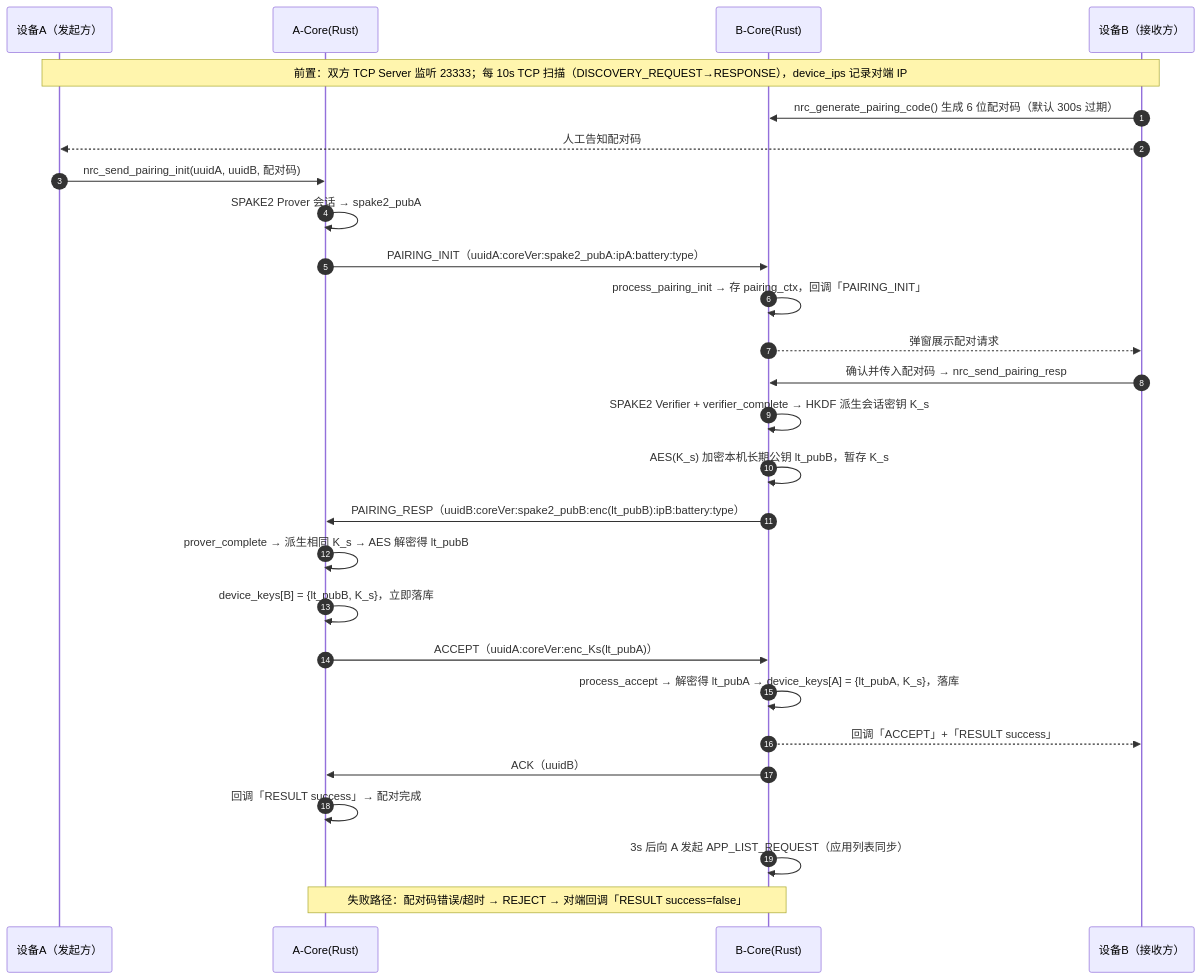
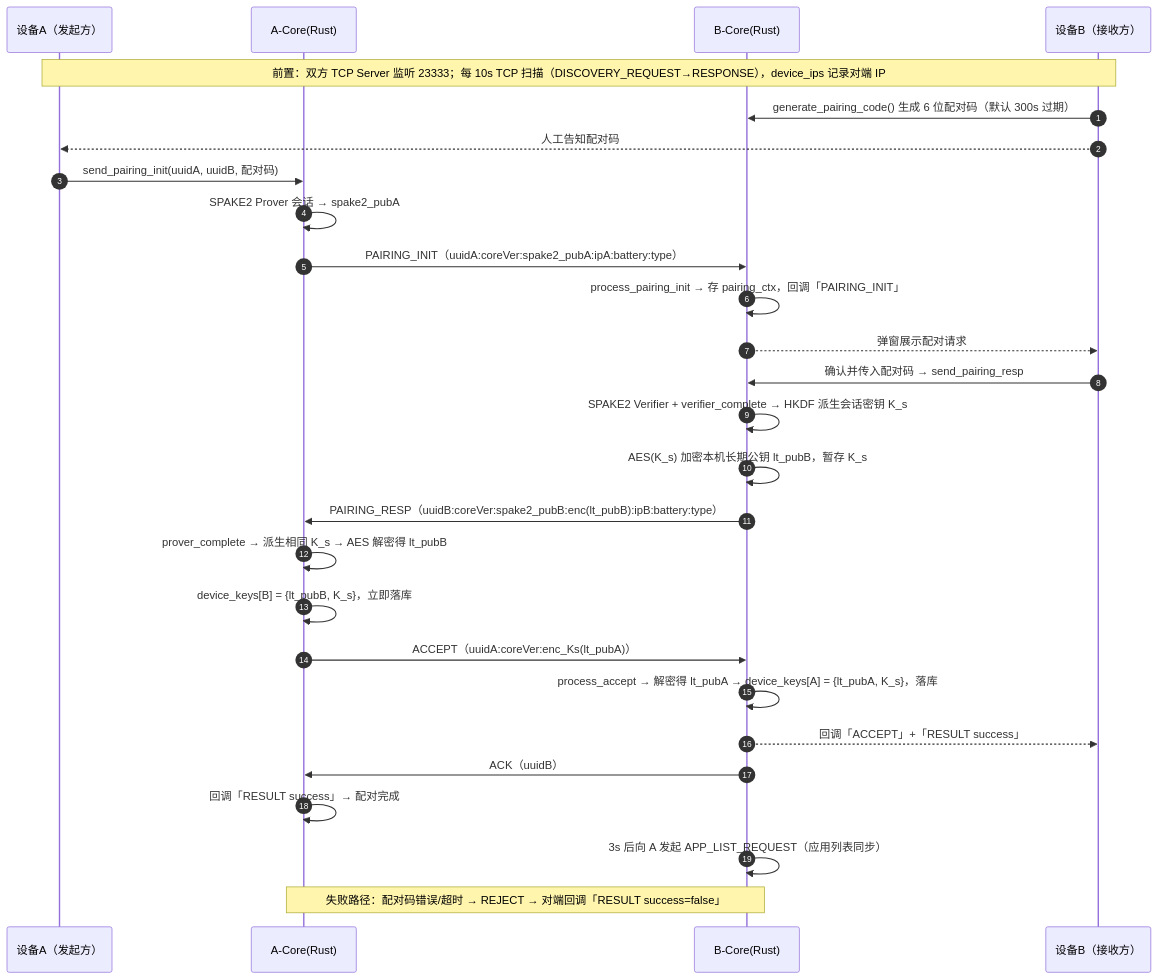
Before and after one commit to NotifyRelay/core: the first of 2 diagrams in Docs/配对与重连时序.md, drawn with Mermaid. The commit also changed other lines of this file and 50 other files, not shown here.

````diff
--- a/Docs/配对与重连时序.md
+++ b/Docs/配对与重连时序.md
@@ -50,32 +50,32 @@
 ```mermaid
 sequenceDiagram
     autonumber
     participant A as 设备A（发起方）
     participant Ac as A-Core(Rust)
     participant Bc as B-Core(Rust)
     participant B as 设备B（接收方）
 
     Note over A,B: 前置：双方 TCP Server 监听 23333；每 10s TCP 扫描（DISCOVERY_REQUEST→RESPONSE），device_ips 记录对端 IP
 
-    B->>Bc: nrc_generate_pairing_code() 生成 6 位配对码（默认 300s 过期）
+    B->>Bc: generate_pairing_code() 生成 6 位配对码（默认 300s 过期）
     B-->>A: 人工告知配对码
-    A->>Ac: nrc_send_pairing_init(uuidA, uuidB, 配对码)
+    A->>Ac: send_pairing_init(uuidA, uuidB, 配对码)
     Ac->>Ac: SPAKE2 Prover 会话 → spake2_pubA
     Ac->>Bc: PAIRING_INIT（uuidA:coreVer:spake2_pubA:ipA:battery:type）
     Bc->>Bc: process_pairing_init → 存 pairing_ctx，回调「PAIRING_INIT」
     Bc-->>B: 弹窗展示配对请求
-    B->>Bc: 确认并传入配对码 → nrc_send_pairing_resp
+    B->>Bc: 确认并传入配对码 → send_pairing_resp
     Bc->>Bc: SPAKE2 Verifier + verifier_complete → HKDF 派生会话密钥 K_s
     Bc->>Bc: AES(K_s) 加密本机长期公钥 lt_pubB，暂存 K_s
     Bc->>Ac: PAIRING_RESP（uuidB:coreVer:spake2_pubB:enc(lt_pubB):ipB:battery:type）
     Ac->>Ac: prover_complete → 派生相同 K_s → AES 解密得 lt_pubB
     Ac->>Ac: device_keys[B] = {lt_pubB, K_s}，立即落库
     Ac->>Bc: ACCEPT（uuidA:coreVer:enc_Ks(lt_pubA)）
     Bc->>Bc: process_accept → 解密得 lt_pubA → device_keys[A] = {lt_pubA, K_s}，落库
     Bc-->>B: 回调「ACCEPT」+「RESULT success」
     Bc->>Ac: ACK（uuidB）
     Ac->>Ac: 回调「RESULT success」→ 配对完成
     Bc->>Bc: 3s 后向 A 发起 APP_LIST_REQUEST（应用列表同步）
 
     Note over Ac,Bc: 失败路径：配对码错误/超时 → REJECT → 对端回调「RESULT success=false」
 ```
````
